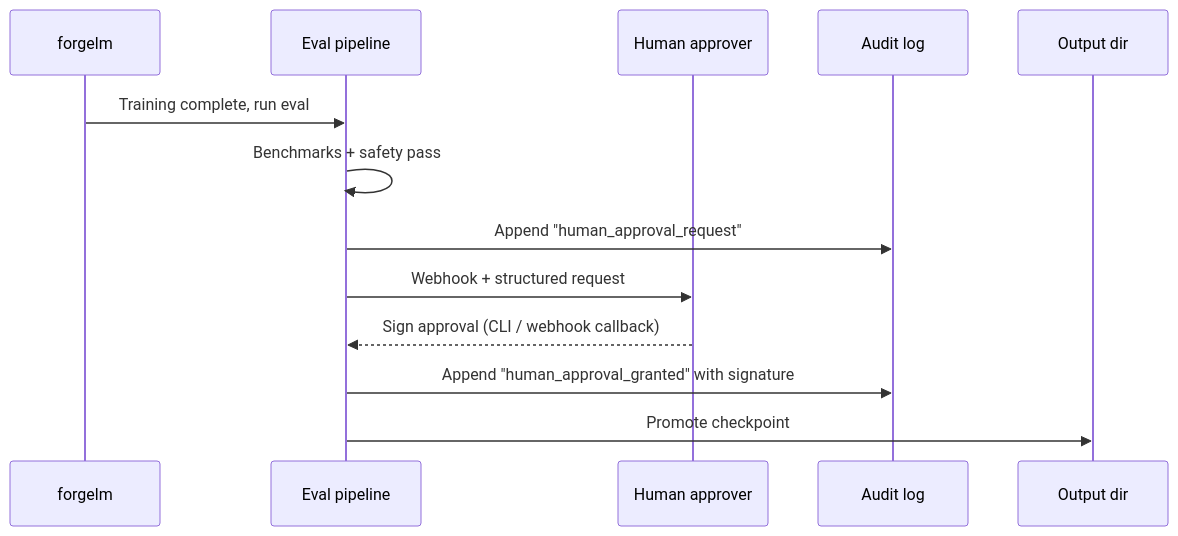
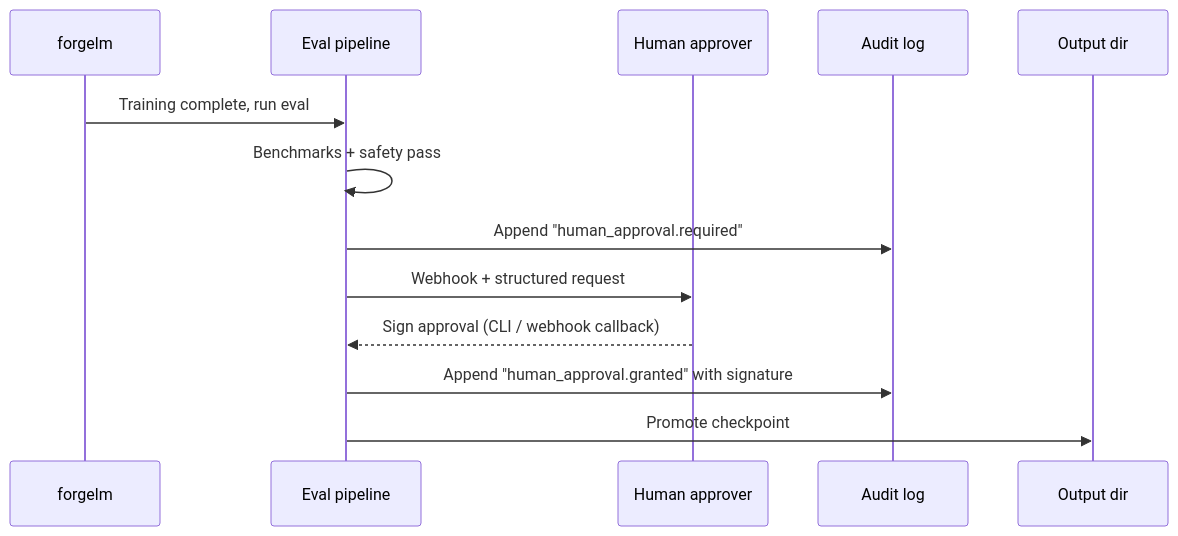
Before and after one commit to cemililik/ForgeLM: the diagram in docs/usermanuals/en/compliance/human-oversight.md, drawn with Mermaid. The commit also changed other lines of this file and 20 other files, not shown here.

````diff
--- a/docs/usermanuals/en/compliance/human-oversight.md
+++ b/docs/usermanuals/en/compliance/human-oversight.md
@@ -12,16 +12,16 @@
 ```mermaid
 sequenceDiagram
     participant Train as forgelm
     participant Eval as Eval pipeline
     participant Approver as Human approver
     participant Audit as Audit log
     participant Output as Output dir
 
     Train->>Eval: Training complete, run eval
     Eval->>Eval: Benchmarks + safety pass
-    Eval->>Audit: Append "human_approval_request"
+    Eval->>Audit: Append "human_approval.required"
     Eval->>Approver: Webhook + structured request
     Approver-->>Eval: Sign approval (CLI / webhook callback)
-    Eval->>Audit: Append "human_approval_granted" with signature
+    Eval->>Audit: Append "human_approval.granted" with signature
     Eval->>Output: Promote checkpoint
 ```
````
